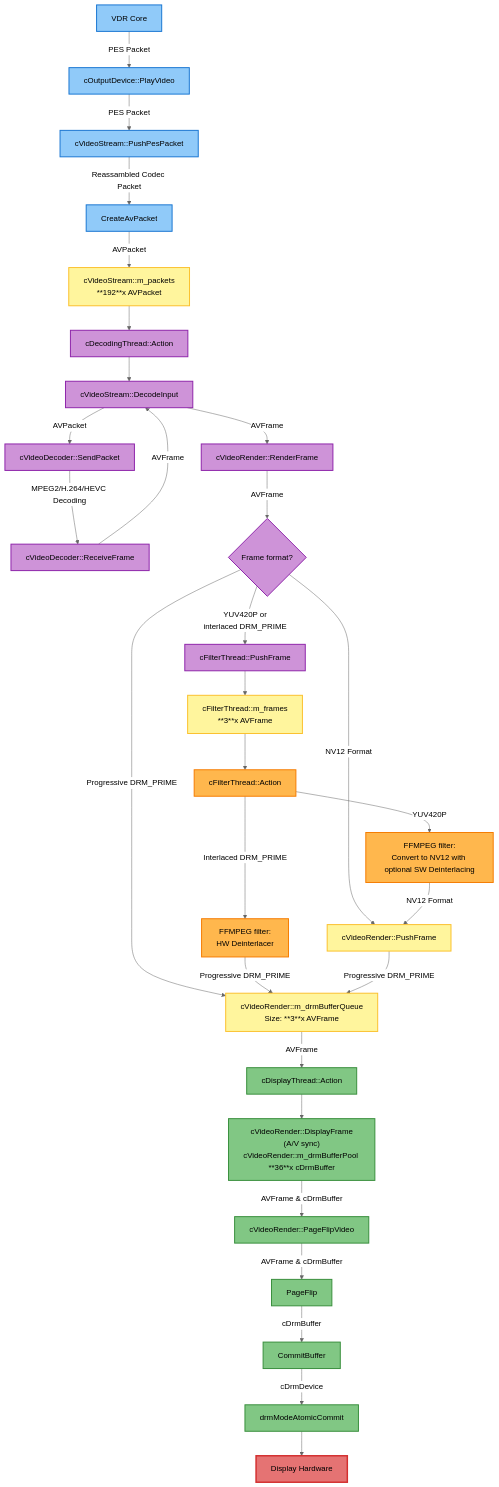
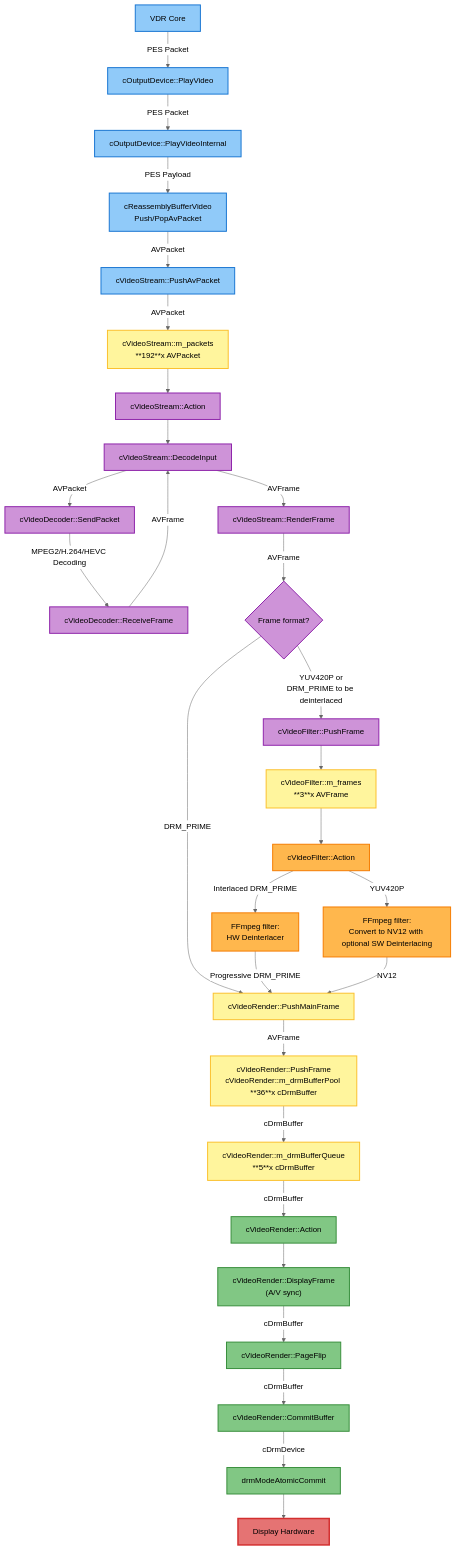
The third of 12 diagrams in DEVELOPER/README.md (rellla/vdr-plugin-drmdevice), drawn with Mermaid (neutral theme) before and after one commit. The commit also changed other lines of this file, not shown here.

````diff
--- a/DEVELOPER/README.md
+++ b/DEVELOPER/README.md
@@ -144,61 +157,59 @@
 ```mermaid
 graph TD
     %% VDR Thread
     VDR[VDR Core] --> |PES Packet|PlayVideo["cOutputDevice::PlayVideo"]
-    PlayVideo --> |PES Packet|PushPes["cVideoStream::PushPesPacket"]
-    PushPes --> |Reassambled Codec Packet|CreatePkt["CreateAvPacket"]
-    CreatePkt --> |AVPacket|PktQueue["cVideoStream::m_packets<br/>**192**x AVPacket"]
+    PlayVideo --> |PES Packet|PlayVideoInternal["cOutputDevice::PlayVideoInternal"]
+    PlayVideoInternal --> |PES Payload|Reassembly["cReassemblyBufferVideo<br/>Push/PopAvPacket"]
+    Reassembly --> |AVPacket|PushPkt["cVideoStream::PushAvPacket"]
+    PushPkt --> |AVPacket|PktQueue["cVideoStream::m_packets<br/>**192**x AVPacket"]
 
     %% Decoding Thread
-    PktQueue --> DecThread["cDecodingThread::Action"]
+    PktQueue --> DecThread["cVideoStream::Action"]
     DecThread --> DecInput["cVideoStream::DecodeInput"]
     DecInput --> |AVPacket|SendPkt["cVideoDecoder::SendPacket"]
     SendPkt --> |MPEG2/H.264/HEVC Decoding|RecvFrame["cVideoDecoder::ReceiveFrame"]
     RecvFrame --> |AVFrame|DecInput
-    DecInput --> |AVFrame|RenderFrame["cVideoRender::RenderFrame"]
+    DecInput --> |AVFrame|RenderFrame["cVideoStream::RenderFrame"]
 
     %% Filter Thread Decision
     RenderFrame --> |AVFrame|FormatCheck{Frame format?}
-    FormatCheck -->|YUV420P or<br/>interlaced DRM_PRIME| FilterPush["cFilterThread::PushFrame"]
-    FormatCheck -->|Progressive DRM_PRIME| RenderRB["cVideoRender::m_drmBufferQueue"]
-    FormatCheck -->|NV12 Format| PushFrame["cVideoRender::PushFrame"]
+    FormatCheck -->|YUV420P or<br/>DRM_PRIME to be deinterlaced| FilterPush["cVideoFilter::PushFrame"]
+    FormatCheck -->|DRM_PRIME| PushMainFrame["cVideoRender::PushMainFrame"]
 
     %% Filter Thread Path
-    FilterPush --> FilterQueue["cFilterThread::m_frames<br/>**3**x AVFrame"]
-    FilterQueue --> FilterAction["cFilterThread::Action"]
-    FilterAction --> |Interlaced DRM_PRIME|HWDeint["FFMPEG filter:<br />HW Deinterlacer"]
-    FilterAction --> |YUV420P|SWDeint["FFMPEG filter:<br/>Convert to NV12 with optional SW Deinterlacing"]
-    HWDeint -->|Progressive DRM_PRIME| RenderRB["cVideoRender::m_drmBufferQueue<br/>Size: **3**x AVFrame"]
-    SWDeint --> |NV12 Format|PushFrame["cVideoRender::PushFrame"]
+    FilterPush --> FilterQueue["cVideoFilter::m_frames<br/>**3**x AVFrame"]
+    FilterQueue --> FilterAction["cVideoFilter::Action"]
+    FilterAction --> |Interlaced DRM_PRIME|HWDeint["FFmpeg filter:<br/>HW Deinterlacer"]
+    FilterAction --> |YUV420P|SWDeint["FFmpeg filter:<br/>Convert to NV12 with optional SW Deinterlacing"]
+    HWDeint -->|Progressive DRM_PRIME| PushMainFrame
+    SWDeint --> |NV12|PushMainFrame
 
-    %% PushFrame Path (Software frames need buffer prep)
-    PushFrame --> |Progressive DRM_PRIME|RenderRB
+    %% Render buffers
+    PushMainFrame --> |AVFrame|PushFrame["cVideoRender::PushFrame<br/>cVideoRender::m_drmBufferPool **36**x cDrmBuffer"]
+    PushFrame --> |cDrmBuffer|RenderQueue["cVideoRender::m_drmBufferQueue<br/>**5**x cDrmBuffer"]
 
     %% Display Thread
-    RenderRB --> |AVFrame|DispThread["cDisplayThread::Action"]
-    DispThread --> DisplayFrame["cVideoRender::DisplayFrame<br/>(A/V sync)<br/>cVideoRender::m_drmBufferPool **36**x cDrmBuffer"]
-    DisplayFrame --> |AVFrame & cDrmBuffer|PageFlipVid["cVideoRender::PageFlipVideo"]
-
-    PageFlipVid --> |AVFrame & cDrmBuffer|PageFlip["PageFlip"]
-    PageFlip --> |cDrmBuffer|CommitBuf["CommitBuffer"]
+    RenderQueue --> |cDrmBuffer|DispThread["cVideoRender::Action"]
+    DispThread --> DisplayFrame["cVideoRender::DisplayFrame<br/>(A/V sync)"]
+    DisplayFrame --> |cDrmBuffer|PageFlip["cVideoRender::PageFlip"]
+    PageFlip --> |cDrmBuffer|CommitBuf["cVideoRender::CommitBuffer"]
 
     CommitBuf --> |cDrmDevice|DrmCommit["drmModeAtomicCommit"]
 
     DrmCommit --> Hardware["Display Hardware"]
 
     %% Styling
     classDef vdrThread fill:#90caf9,stroke:#1976d2,stroke-width:2px,color:#000000
     classDef decThread fill:#ce93d8,stroke:#8e24aa,stroke-width:2px,color:#000000
     classDef filterThread fill:#ffb74d,stroke:#f57c00,stroke-width:2px,color:#000000
     classDef displayThread fill:#81c784,stroke:#388e3c,stroke-width:2px,color:#000000
     classDef hardware fill:#e57373,stroke:#d32f2f,stroke-width:3px,color:#000000
     classDef buffer fill:#fff59d,stroke:#fbc02d,stroke-width:2px,color:#000000
 
-    class VDR,PlayVideo,PushPes,CreatePkt vdrThread
-    class DecThread,DecInput,SendPkt,RecvFrame,RenderFrame,FilterPush decThread
+    class VDR,PlayVideo,PlayVideoInternal,Reassembly,PushPkt vdrThread
+    class DecThread,DecInput,SendPkt,RecvFrame,RenderFrame,FormatCheck,FilterPush decThread
     class FilterAction,HWDeint,SWDeint filterThread
-    class DispThread,DisplayFrame,PageFlipVid,PageFlip,CommitBuf,DrmCommit displayThread
+    class DispThread,DisplayFrame,PageFlip,CommitBuf,DrmCommit displayThread
     class Hardware hardware
-    class PktQueue,FilterQueue,RenderRB,PushFrame buffer
-    class FormatCheck decThread
+    class PktQueue,FilterQueue,PushMainFrame,PushFrame,RenderQueue buffer
 ```
````
